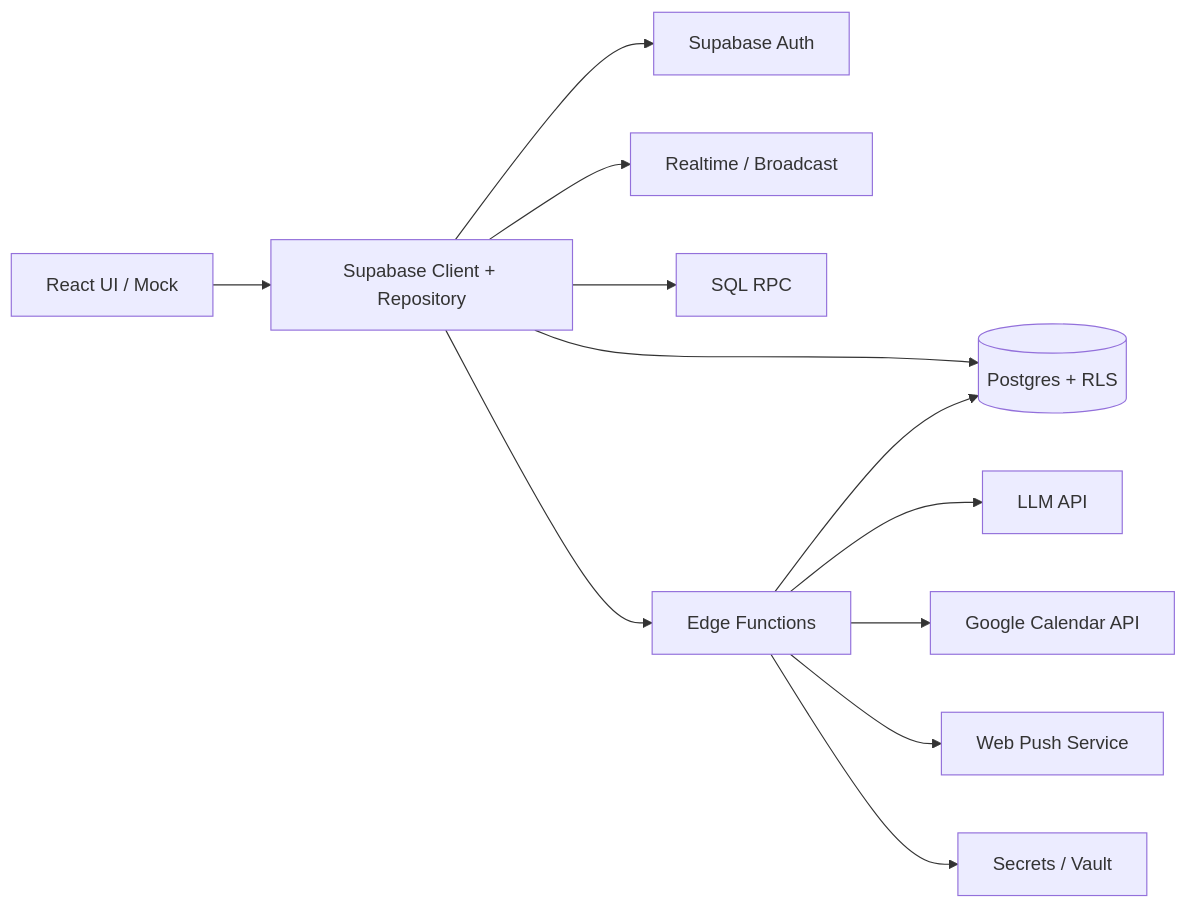
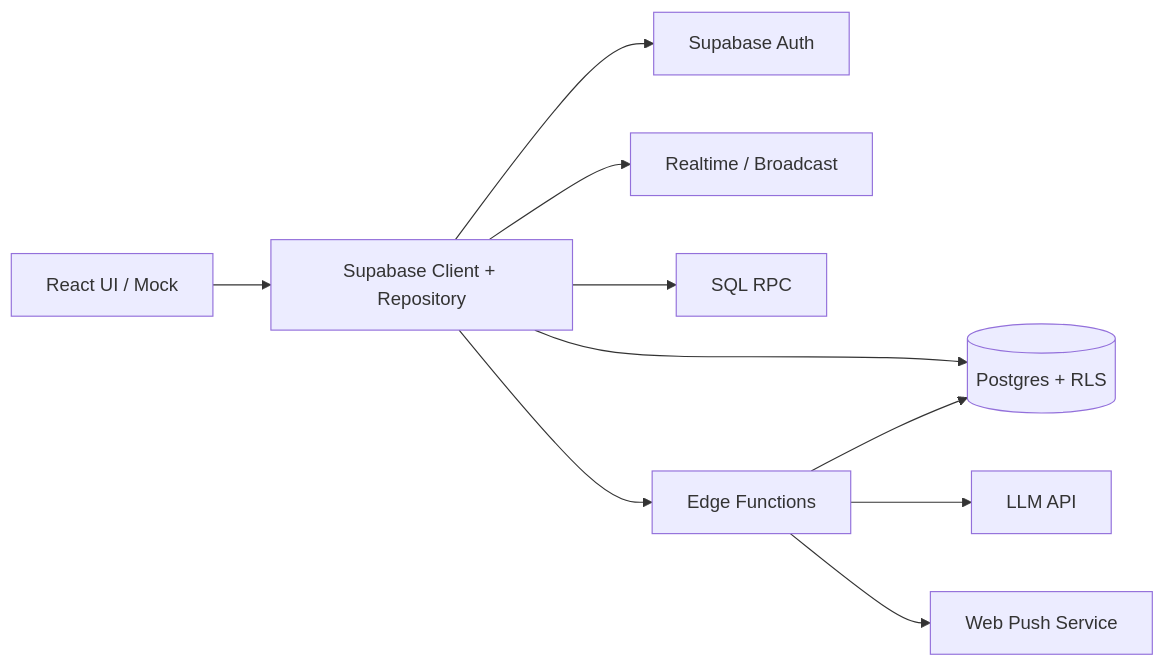
One commit to Sapphire1004/AIAU changed the diagram in docs/backend-supabase-plan.md. Above: the diagram before and after it, drawn with Mermaid. The commit also changed other lines of this file and 3 other files, not shown here.

````diff
--- a/docs/backend-supabase-plan.md
+++ b/docs/backend-supabase-plan.md
@@ -60,14 +59,12 @@
 ```mermaid
 flowchart LR
   UI[React UI / Mock] --> Client[Supabase Client + Repository]
   Client --> Auth[Supabase Auth]
   Client --> DB[(Postgres + RLS)]
   Client --> RT[Realtime / Broadcast]
   Client --> RPC[SQL RPC]
   Client --> EF[Edge Functions]
   EF --> LLM[LLM API]
-  EF --> Google[Google Calendar API]
   EF --> Push[Web Push Service]
-  EF --> Vault[Secrets / Vault]
   EF --> DB
 ```
````
